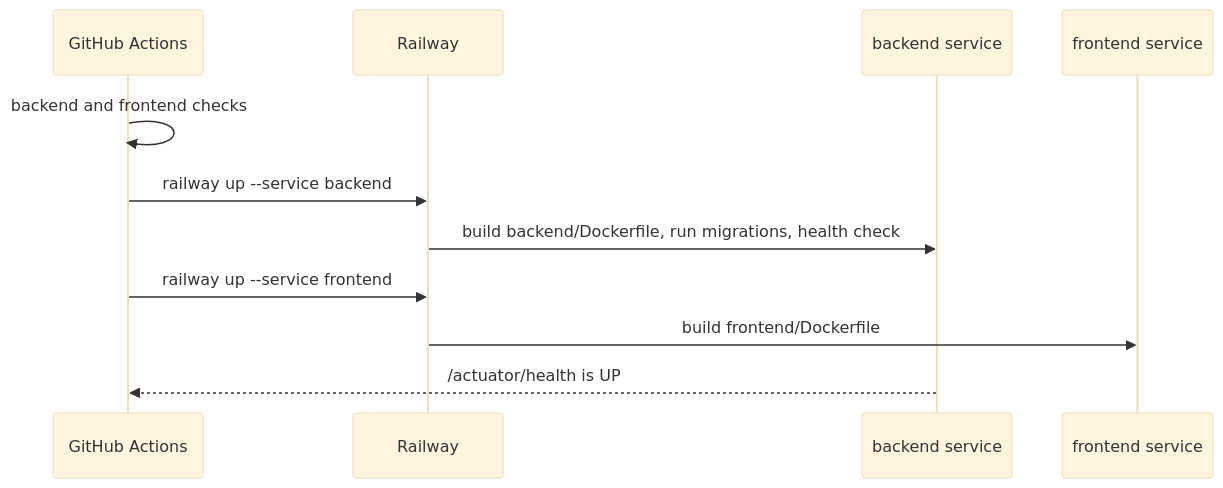
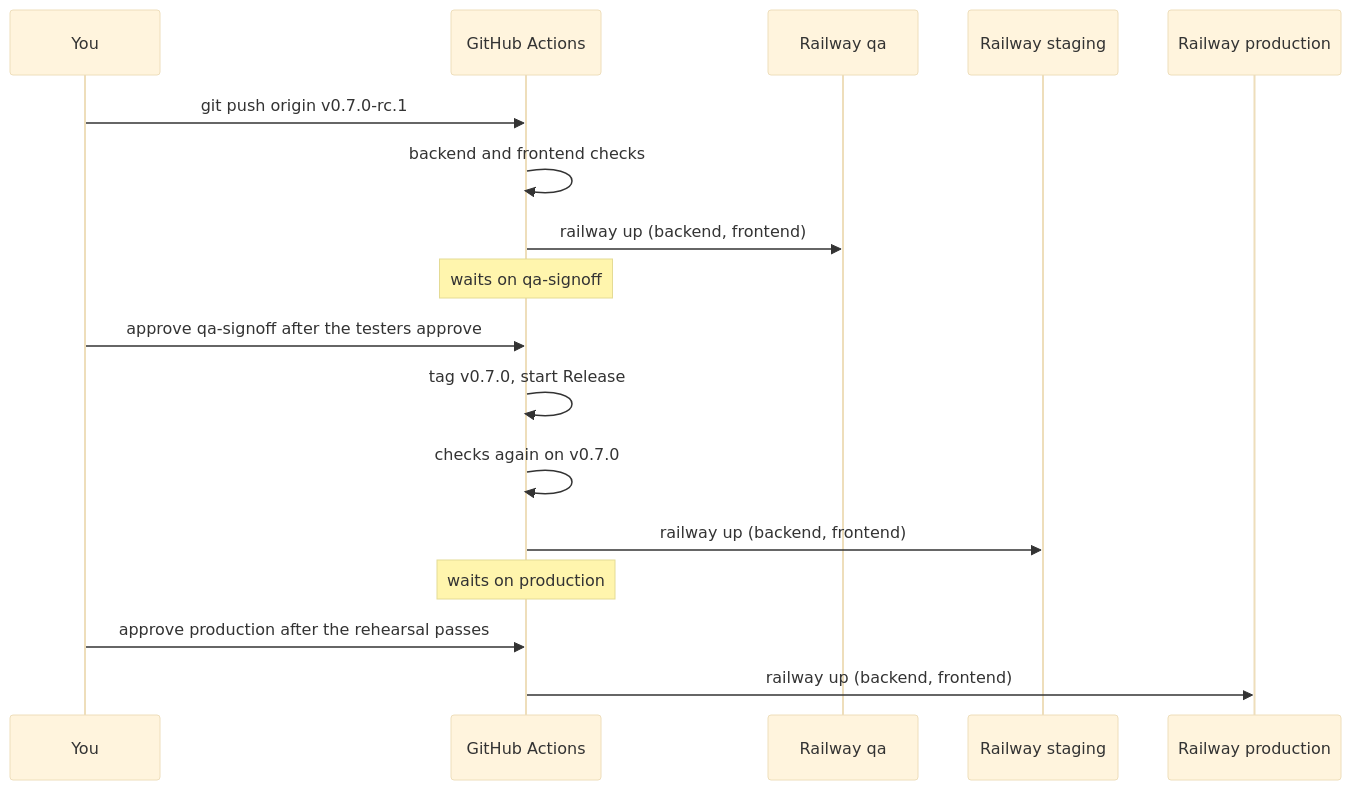
One commit to miketak/carbonos changed the diagram in docs/how-to/deploy-and-release.md. Above: the diagram before and after it, drawn with Mermaid (base theme). The commit also changed other lines of this file and 20 other files, not shown here.

First line of the commit message:
chore(ci): promote one tagged commit through qa, staging and production; checks on every pull request (#52)

````diff
--- a/docs/how-to/deploy-and-release.md
+++ b/docs/how-to/deploy-and-release.md
@@ -12,15 +15,21 @@
 ```mermaid
 sequenceDiagram
-    accTitle: How a merge reaches staging and a tag reaches production
-    accDescr: GitHub Actions runs the checks, then the Railway CLI uploads the repository and each Railway service builds its own directory.
+    accTitle: How a release candidate reaches production
+    accDescr: A release candidate tag runs the checks and deploys qa. The QA sign-off approval tags the version and starts the Release workflow, which runs the checks, deploys staging, and waits for the production approval before deploying production.
+    participant You
     participant GH as GitHub Actions
-    participant RW as Railway
-    participant BE as backend service
-    participant FE as frontend service
+    participant QA as Railway qa
+    participant ST as Railway staging
+    participant PR as Railway production
+    You->>GH: git push origin v0.7.0-rc.1
     GH->>GH: backend and frontend checks
-    GH->>RW: railway up --service backend
-    RW->>BE: build backend/Dockerfile, run migrations, health check
-    GH->>RW: railway up --service frontend
-    RW->>FE: build frontend/Dockerfile
-    BE-->>GH: /actuator/health is UP
+    GH->>QA: railway up (backend, frontend)
+    Note over GH: waits on qa-signoff
+    You->>GH: approve qa-signoff after the testers approve
+    GH->>GH: tag v0.7.0, start Release
+    GH->>GH: checks again on v0.7.0
+    GH->>ST: railway up (backend, frontend)
+    Note over GH: waits on production
+    You->>GH: approve production after the rehearsal passes
+    GH->>PR: railway up (backend, frontend)
 ```
````
